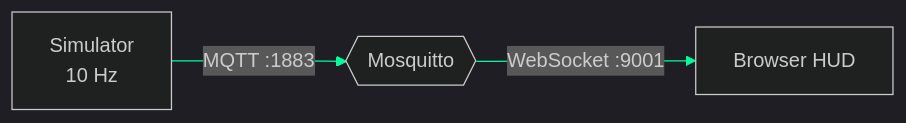
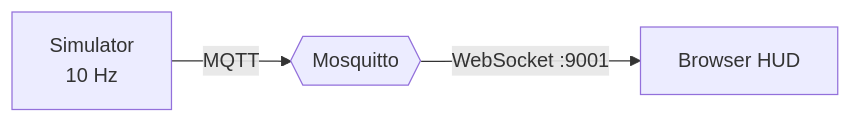
One commit to flicky-official/realtime-telemetry-platform changed the diagram in README.md. Above: the diagram before and after it, drawn with Mermaid. The commit also changed other lines of this file, not shown here.

````diff
--- a/README.md
+++ b/README.md
@@ -48,6 +32,5 @@
 ```mermaid
-%%{init: {'theme':'dark','themeVariables':{'primaryColor':'#04070a','primaryBorderColor':'#00ff9c','primaryTextColor':'#00ff9c','lineColor':'#00ff9c','secondaryColor':'#04070a','tertiaryColor':'#04070a','fontFamily':'monospace'}}}%%
 flowchart LR
-  S["Simulator<br/>10 Hz"] -->|"MQTT :1883"| B{{"Mosquitto"}}
-  B -->|"WebSocket :9001"| H["Browser HUD"]
+  S[Simulator<br/>10 Hz] -->|MQTT| B{{Mosquitto}}
+  B -->|WebSocket :9001| H[Browser HUD]
 ```
````
